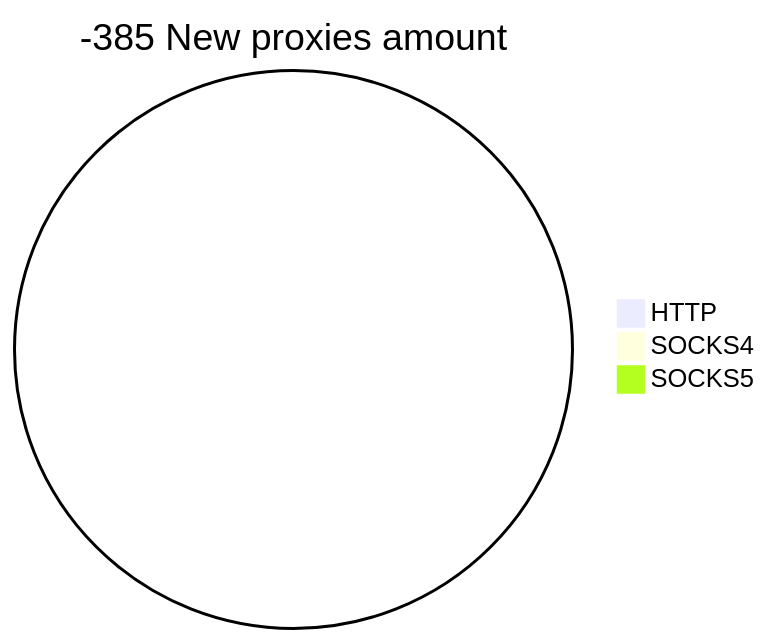
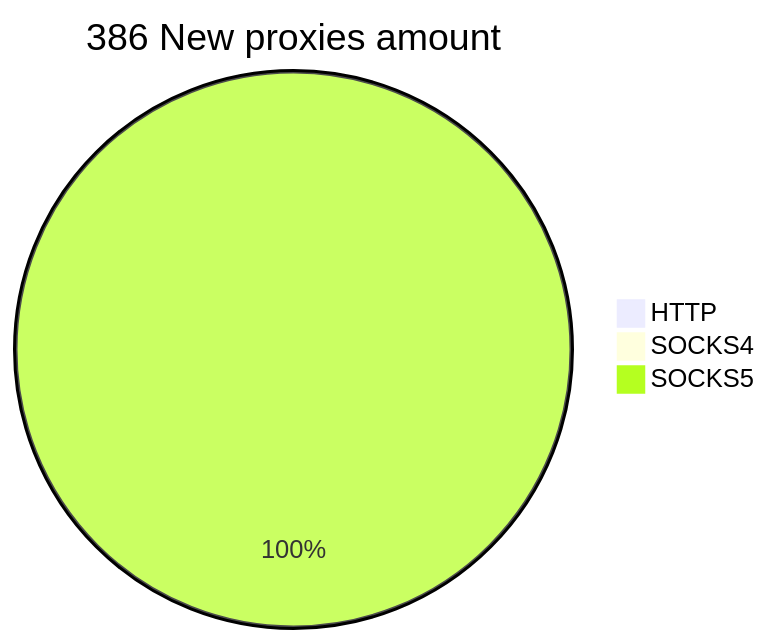
Before and after one commit to cutipu/proxylist: the second of 2 diagrams in README.md, drawn with Mermaid. The commit also changed other lines of this file, not shown here.

````diff
--- a/README.md
+++ b/README.md
@@ -10,6 +10,6 @@
 ```mermaid
-pie title -385 New proxies amount
+pie title 386 New proxies amount
     "HTTP" : 0
     "SOCKS4" : 0
-    "SOCKS5" : 0
+    "SOCKS5" : 386
 ```
````
